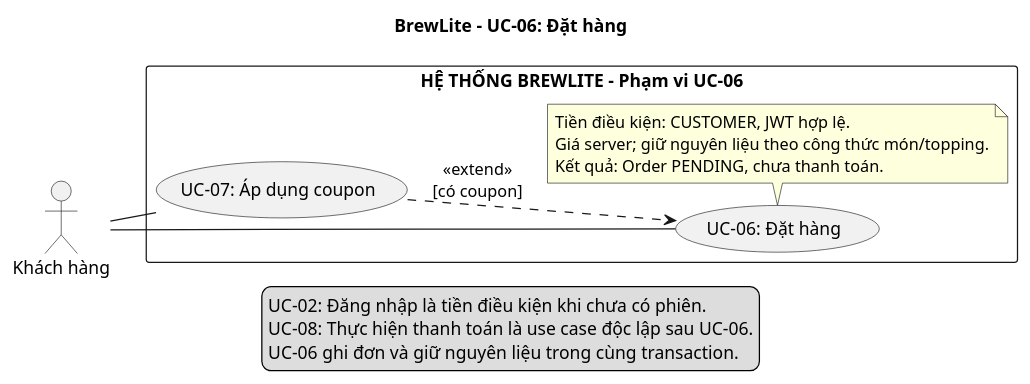
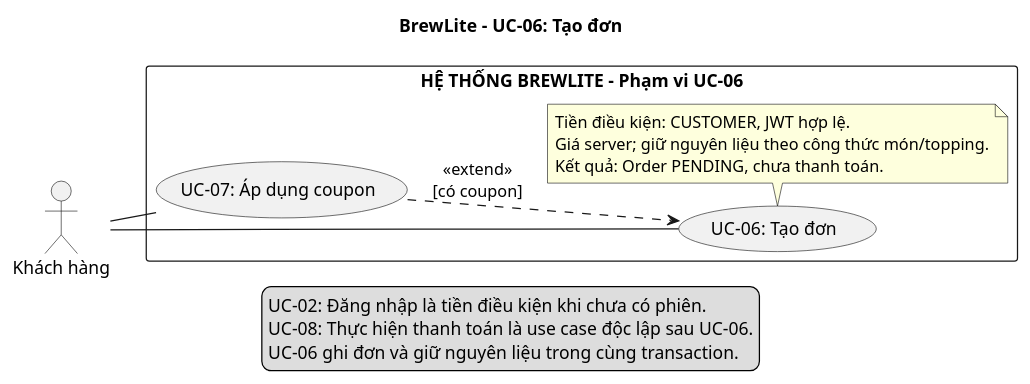
Before and after one commit to Fatcatmmb-sudo/BrewLite_A2: the diagram in docs/diagrams/use-case-uc06.puml, drawn with PlantUML. The commit also changed 22 other files, not shown here.

Commit message:
docs(requirements): dong bo ten UC-06 Tao don va cap nhat diagrams lien quan

```diff
--- a/docs/diagrams/use-case-uc06.puml
+++ b/docs/diagrams/use-case-uc06.puml
@@ -1,25 +1,25 @@
 @startuml
 !pragma layout smetana
 left to right direction
 skinparam defaultFontName Arial
 skinparam shadowing false
-title BrewLite - UC-06: Đặt hàng
+title BrewLite - UC-06: Tạo đơn
 actor "Khách hàng" as Customer
 rectangle "HỆ THỐNG BREWLITE - Phạm vi UC-06" {
-  usecase "UC-06: Đặt hàng" as Order
+  usecase "UC-06: Tạo đơn" as Order
   usecase "UC-07: Áp dụng coupon" as Coupon
   Coupon ..> Order : <<extend>>\n[có coupon]
   note bottom of Order
     Tiền điều kiện: CUSTOMER, JWT hợp lệ.
     Giá server; giữ nguyên liệu theo công thức món/topping.
     Kết quả: Order PENDING, chưa thanh toán.
   end note
 }
 Customer -- Order
 Customer -- Coupon
 legend bottom
   UC-02: Đăng nhập là tiền điều kiện khi chưa có phiên.
   UC-08: Thực hiện thanh toán là use case độc lập sau UC-06.
   UC-06 ghi đơn và giữ nguyên liệu trong cùng transaction.
 endlegend
 @enduml
```
